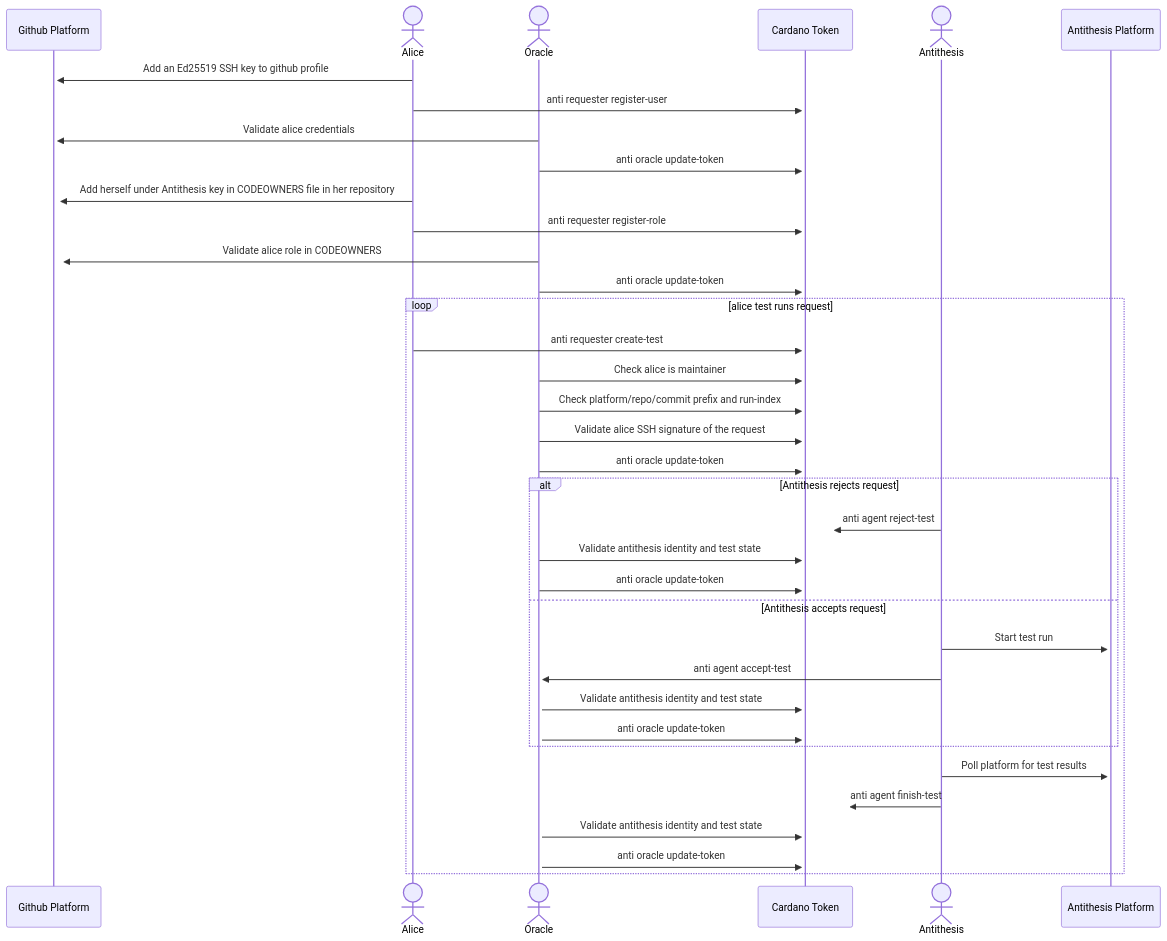
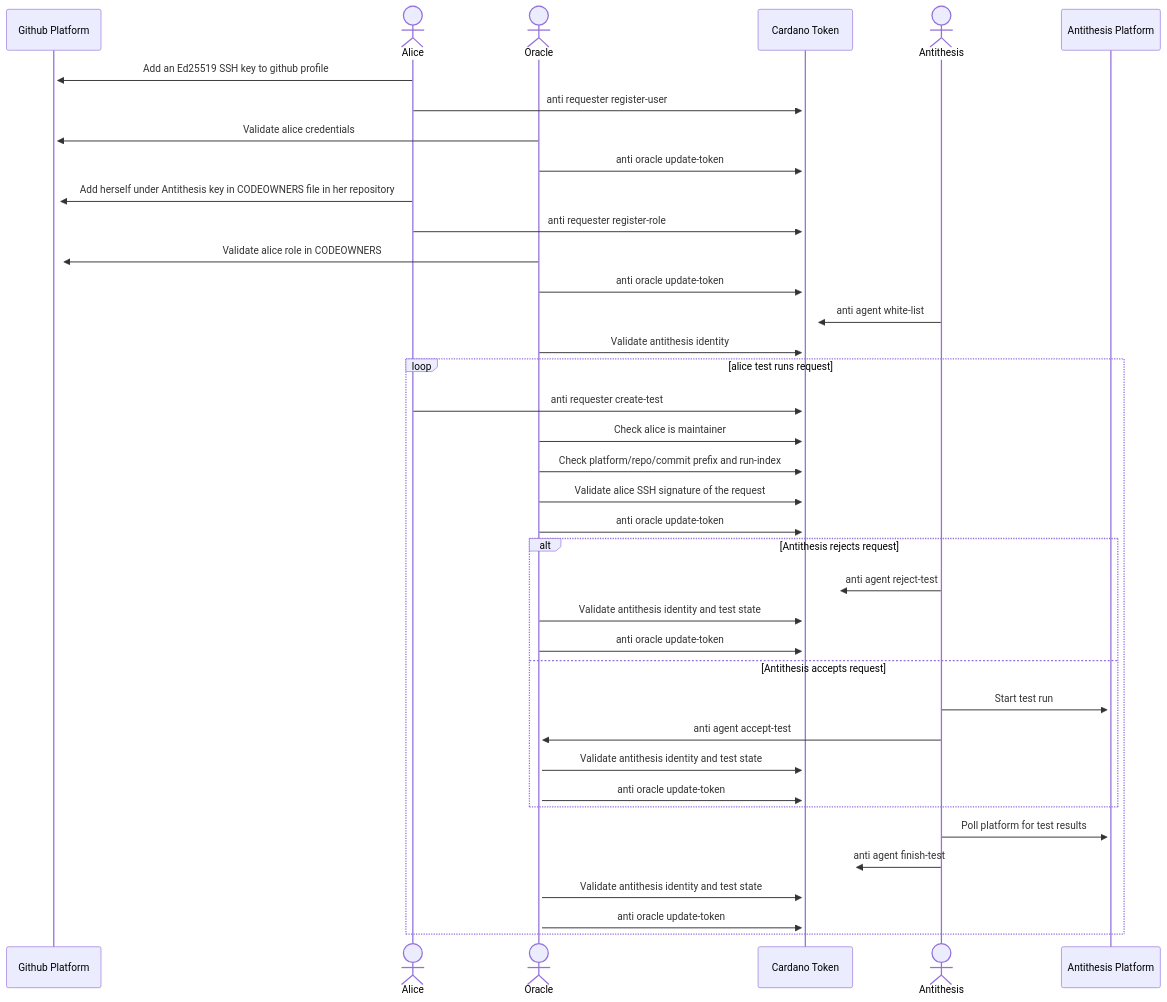
One commit to mkoura/antithesis changed the diagram in cli/docs/antithesis-interface.md. Above: the diagram before and after it, drawn with Mermaid.

Commit message:
Update sequence diagram with whitelisting

````diff
--- a/cli/docs/antithesis-interface.md
+++ b/cli/docs/antithesis-interface.md
@@ -11,49 +11,53 @@
 ```mermaid
 sequenceDiagram
     participant GitHub as Github Platform
     actor Alice
     actor Oracle
     participant Token as Cardano Token
     actor Antithesis
     participant AntithesisPlatform as Antithesis Platform
 
 
     %% Step 1: Alice registers as an identified user
     Alice->>+GitHub: Add an Ed25519 SSH key to github profile
     Alice->>+Token: anti requester register-user
     Oracle->>+GitHub: Validate alice credentials
     Oracle->>+Token: anti oracle update-token
 
     %% Step 2: Alice registers role as an antithesis test runner
     Alice->>+GitHub: Add herself under Antithesis key in CODEOWNERS file in her repository
     Alice->>+Token: anti requester register-role
     Oracle->>+GitHub: Validate alice role in CODEOWNERS
     Oracle->>+Token: anti oracle update-token
 
-    %% Step 3: Alice requests test runs
+    %% Step 3: Agent white-list alice repository
+    Antithesis->>+Token: anti agent white-list
+    Oracle->>+Token: Validate antithesis identity
+
+    %% Step 4: Alice requests test runs
     loop alice test runs request
     Alice->>+Token: anti requester create-test
     Oracle->>+Token: Check alice is maintainer
     Oracle->>+Token: Check platform/repo/commit prefix and run-index
     Oracle->>+Token: Validate alice SSH signature of the request
     Oracle->>+Token: anti oracle update-token
 
-    %% Step 4: Antithesis processes test run request
+    %% Step 5: Antithesis processes test run request
     alt Antithesis rejects request
         Antithesis->>+Token: anti agent reject-test
         Oracle->>+Token: Validate antithesis identity and test state
         Oracle->>+Token: anti oracle update-token
     else Antithesis accepts request
         Antithesis->>+AntithesisPlatform: Start test run
         Antithesis->>+Oracle: anti agent accept-test
         Oracle->>+Token: Validate antithesis identity and test state
         Oracle->>+Token: anti oracle update-token
     end
 
-    %% Step 5: Antithesis updates test run results
+    %% Step 6: Antithesis updates test run results
     Antithesis->>+AntithesisPlatform: Poll platform for test results
     Antithesis->>+Token: anti agent finish-test
     Oracle->>+Token: Validate antithesis identity and test state
     Oracle->>+Token: anti oracle update-token
     end
 ```
````
